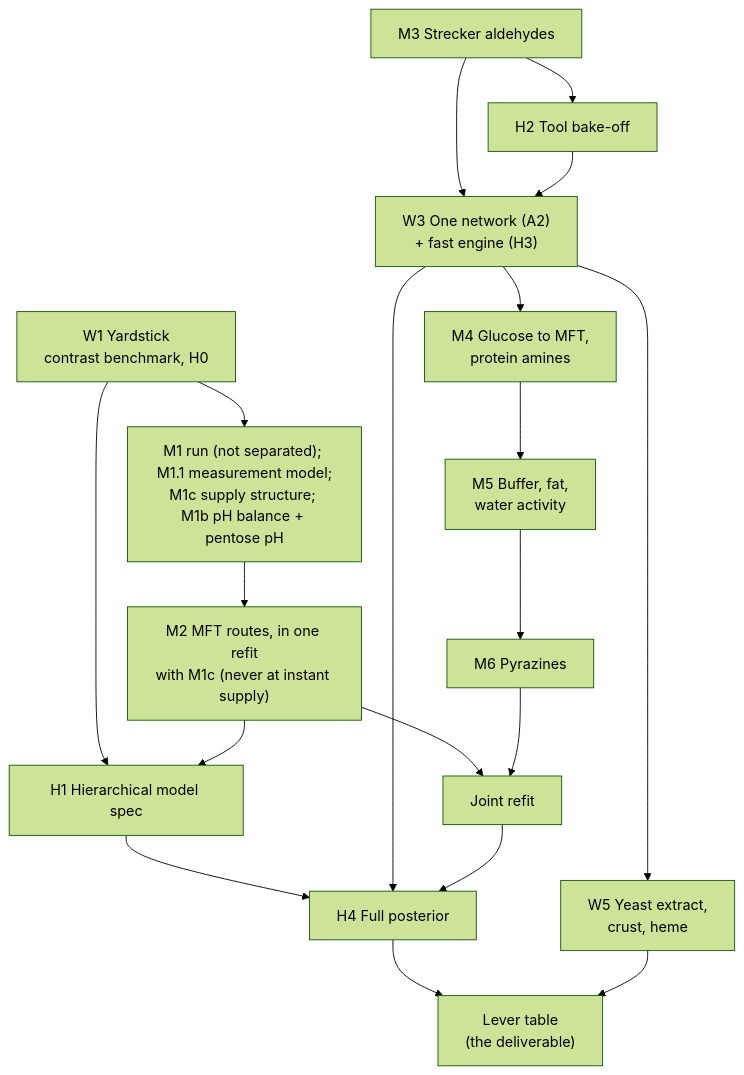
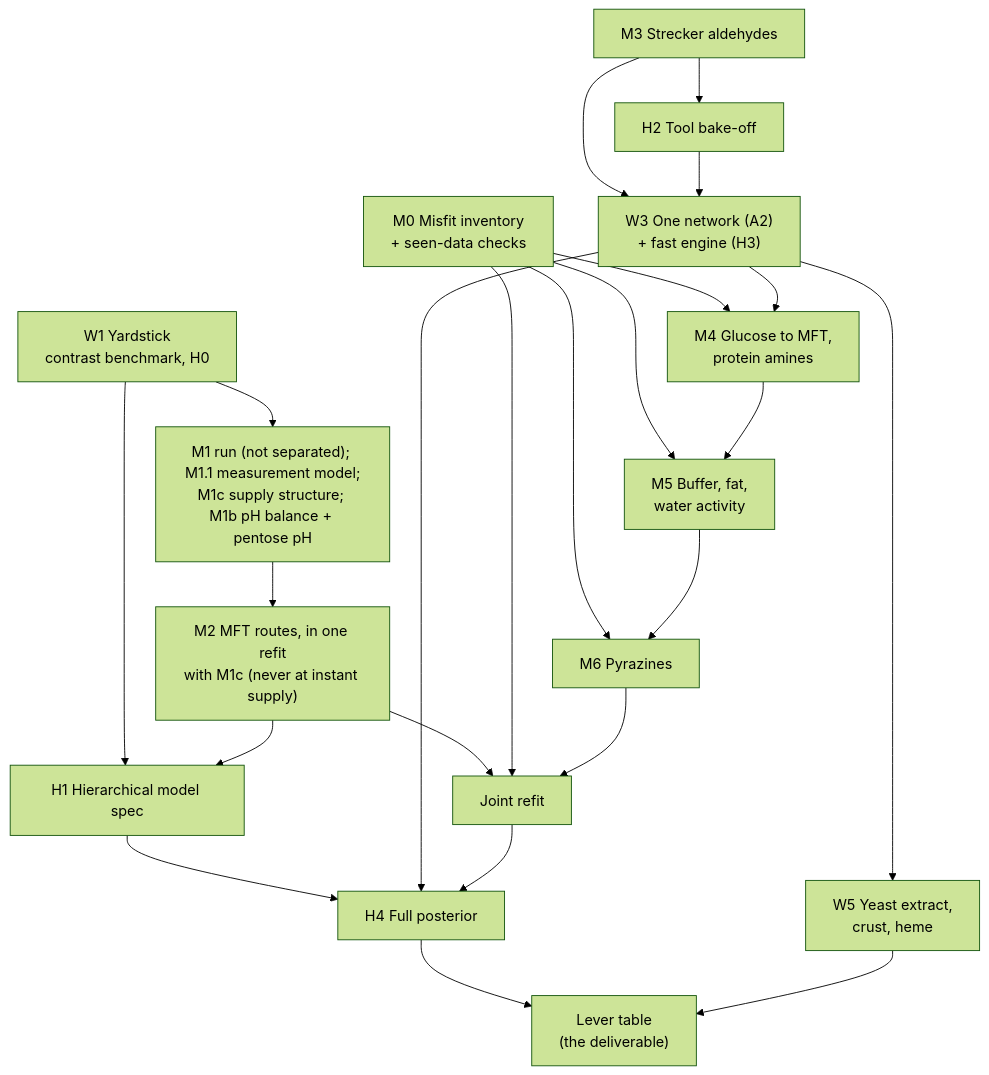
The diagram in docs/guides/STATUS_AND_PLAN.md (PabloAMC/Maillard), drawn with Mermaid (forest theme) before and after one commit. The commit also changed other lines of this file, not shown here.

First line of the commit message:
Plan: M0 misfit inventory and checks; M3 phase 1 closed (undecidable on disk); sulfur port started; W6 last with the decisive-measurements record

````diff
--- a/docs/guides/STATUS_AND_PLAN.md
+++ b/docs/guides/STATUS_AND_PLAN.md
@@ -81,27 +81,32 @@
 ```mermaid
 graph TD
     W1["W1 Yardstick<br/>contrast benchmark, H0"]
+    M0["M0 Misfit inventory<br/>+ seen-data checks"]
     M1["M1 run (not separated); M1.1 measurement model;<br/>M1c supply structure; M1b pH balance + pentose pH"]
     M2["M2 MFT routes, in one refit<br/>with M1c (never at instant supply)"]
     M3["M3 Strecker aldehydes"]
     W3["W3 One network (A2)<br/>+ fast engine (H3)"]
     M4["M4 Glucose to MFT,<br/>protein amines"]
     M5["M5 Buffer, fat,<br/>water activity"]
     M6["M6 Pyrazines"]
     JR["Joint refit"]
     H1["H1 Hierarchical model spec"]
     H2["H2 Tool bake-off"]
     H4["H4 Full posterior"]
     W5a["W5 Yeast extract,<br/>crust, heme"]
     LT["Lever table<br/>(the deliverable)"]
 
     W1 --> M1 --> M2 --> JR
+    M0 --> M4
+    M0 --> M5
+    M0 --> M6
+    M0 --> JR
     M3 --> W3
     M3 --> H2 --> W3
     W3 --> M4 --> M5 --> M6 --> JR
     W1 --> H1
     M2 --> H1 --> H4
     W3 --> H4
     JR --> H4 --> LT
     W3 --> W5a --> LT
 ```
````
